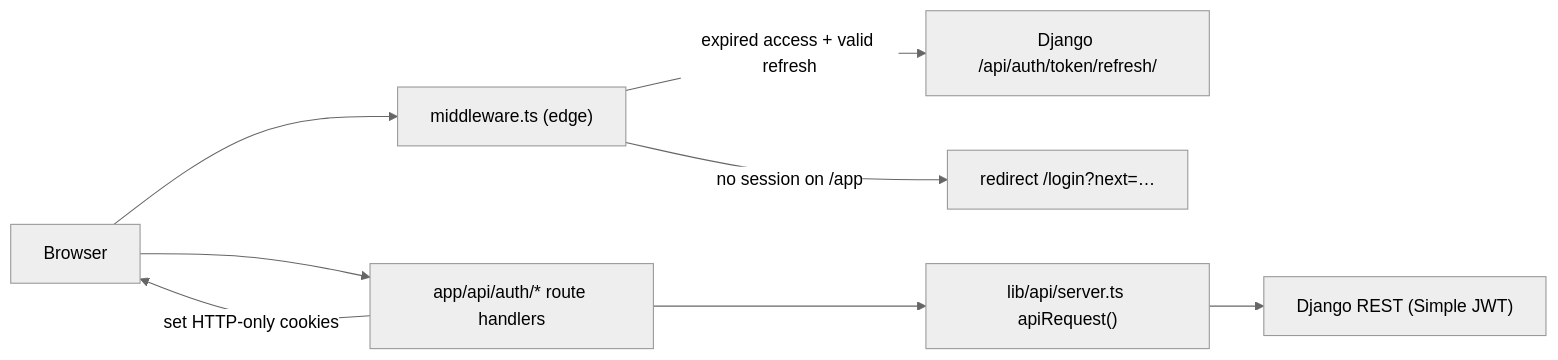
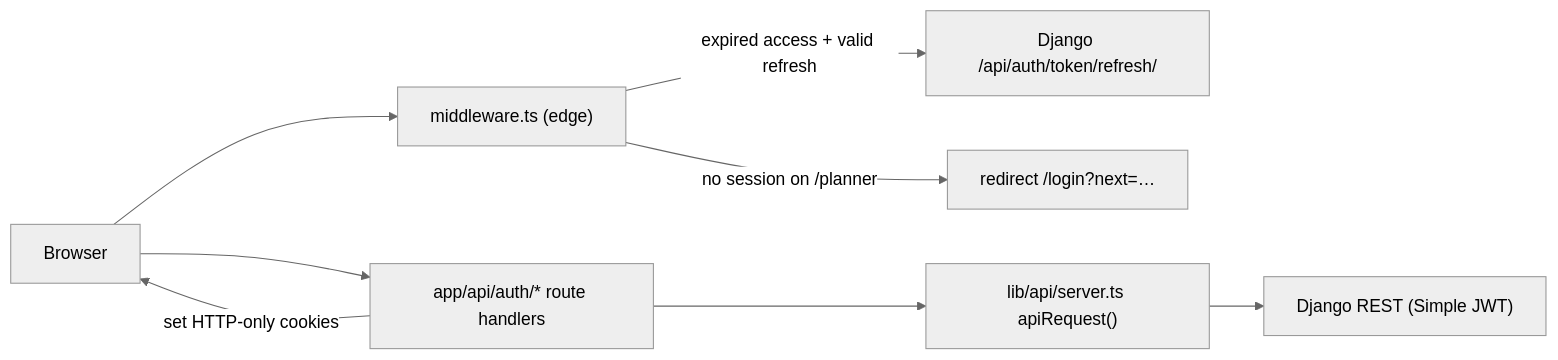
One commit to jfloww/picking-up changed the second of 2 diagrams in docs/architecture.md. Above: the diagram before and after it, drawn with Mermaid (neutral theme). The commit also changed other lines of this file and 5 other files, not shown here.

Commit message:
refactor: rename the /app route to /planner

````diff
--- a/docs/architecture.md
+++ b/docs/architecture.md
@@ -170,10 +170,10 @@
 ```mermaid
 flowchart LR
     B[Browser] --> MW["middleware.ts (edge)"]
     MW -->|"expired access + valid refresh"| DJ["Django /api/auth/token/refresh/"]
-    MW -->|"no session on /app"| L["redirect /login?next=…"]
+    MW -->|"no session on /planner"| L["redirect /login?next=…"]
     B --> RH["app/api/auth/* route handlers"]
     RH --> AC["lib/api/server.ts apiRequest()"]
     AC --> DJAPI["Django REST (Simple JWT)"]
     RH -->|"set HTTP-only cookies"| B
 ```
````
